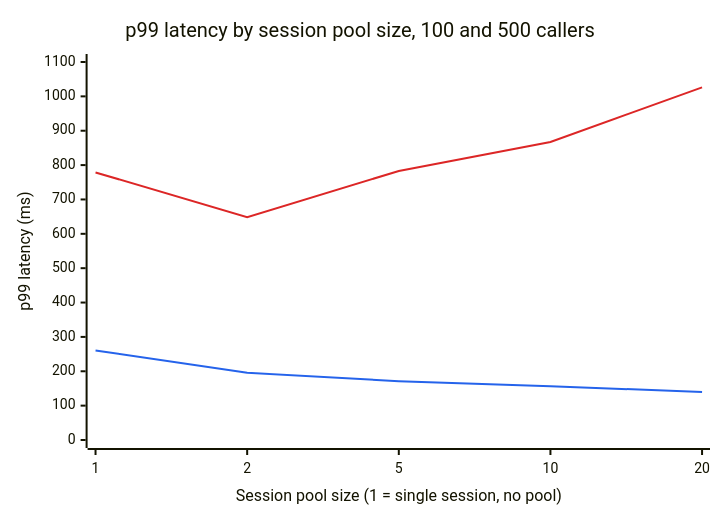
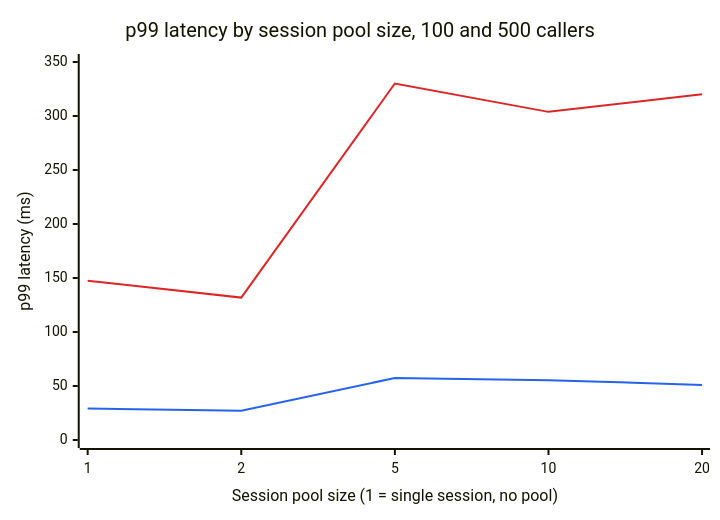
The sixth of 9 diagrams in docs/benchmarks.md (aisrael/hsm-signing-service), drawn with Mermaid before and after one commit. The commit also changed other lines of this file and 1 other file, not shown here.

````diff
--- a/docs/benchmarks.md
+++ b/docs/benchmarks.md
@@ -170,9 +171,9 @@
 ```mermaid
 %%{init: {"themeVariables": {"xyChart": {"plotColorPalette": "#2563eb,#dc2626"}}}}%%
 xychart-beta
     title "p99 latency by session pool size, 100 and 500 callers"
     x-axis "Session pool size (1 = single session, no pool)" ["1", "2", "5", "10", "20"]
-    y-axis "p99 latency (ms)" 0 --> 1100
-    line [260.56, 195.47, 171.23, 156.60, 139.48]
-    line [778.63, 648.62, 782.92, 867.34, 1026.19]
+    y-axis "p99 latency (ms)" 0 --> 350
+    line [29.08, 27.13, 57.38, 55.43, 51.04]
+    line [147.44, 131.88, 330.06, 303.83, 320.17]
 ```
````
